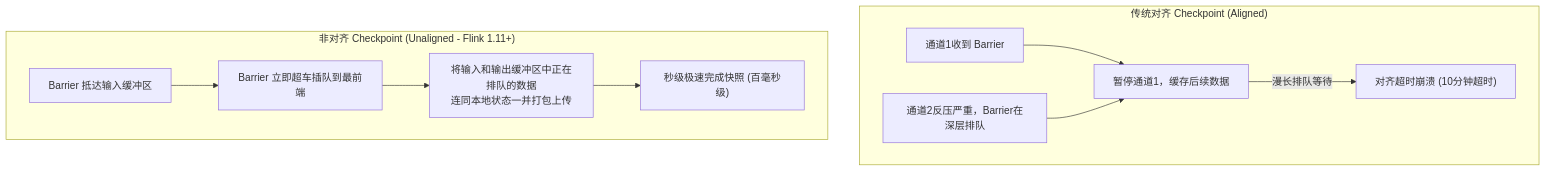
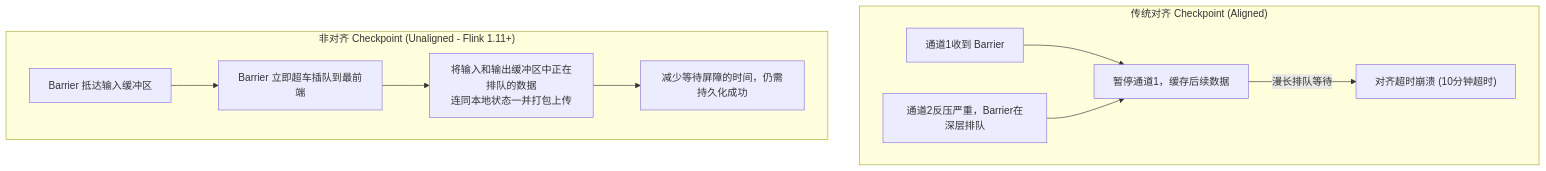
The third of 8 diagrams in 01-bigdata/01-flink/02-flink-state-checkpoint.md (tieke1121/tech-interview-knowledge-base), drawn with Mermaid before and after one commit. The commit also changed other lines of this file and 22 other files, not shown here.

````diff
--- a/01-bigdata/01-flink/02-flink-state-checkpoint.md
+++ b/01-bigdata/01-flink/02-flink-state-checkpoint.md
@@ -127,14 +127,14 @@
 ```mermaid
 flowchart TD
     subgraph Aligned["传统对齐 Checkpoint (Aligned)"]
         A1["通道1收到 Barrier"] --> A2["暂停通道1，缓存后续数据"]
         A3["通道2反压严重，Barrier在深层排队"] --> A2
         A2 -->|漫长排队等待| AFail["对齐超时崩溃 (10分钟超时)"]
     end
 
     subgraph Unaligned["非对齐 Checkpoint (Unaligned - Flink 1.11+)"]
         U1["Barrier 抵达输入缓冲区"] --> U2["Barrier 立即超车插队到最前端"]
         U2 --> U3["将输入和输出缓冲区中正在排队的数据<br/>连同本地状态一并打包上传"]
-        U3 --> USucc["秒级极速完成快照 (百毫秒级)"]
+        U3 --> USucc["减少等待屏障的时间，仍需持久化成功"]
     end
 ```
````
